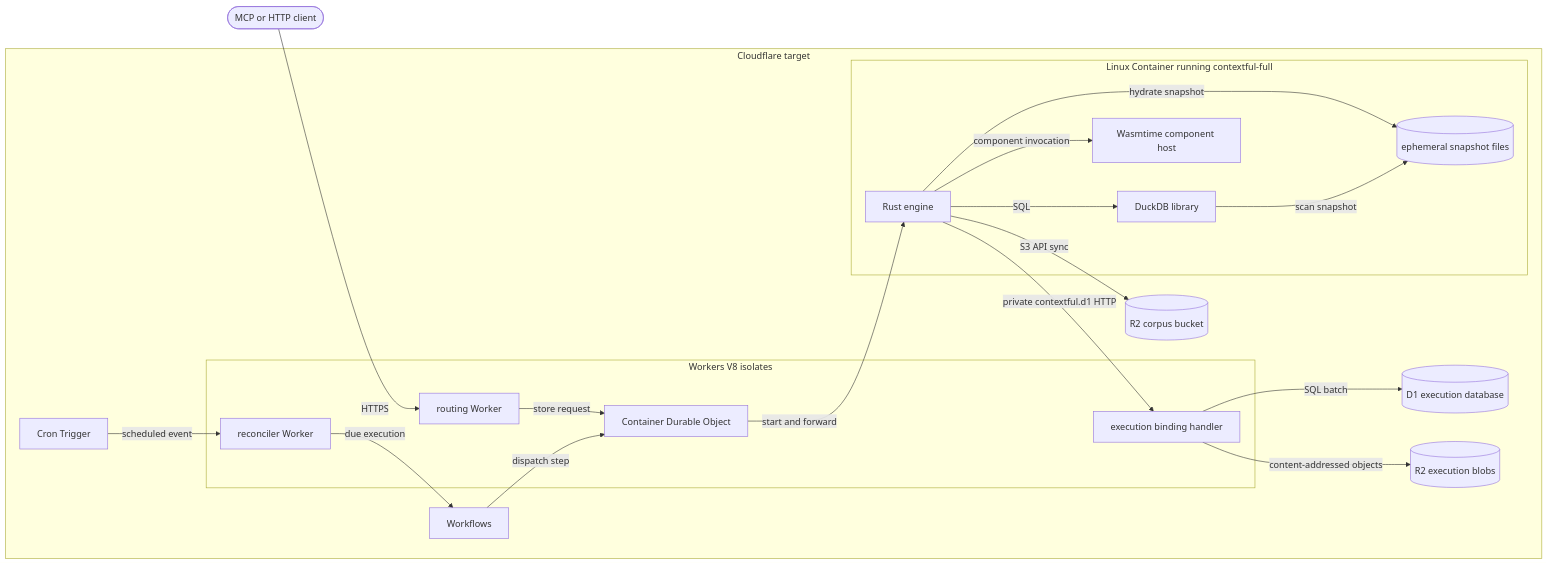
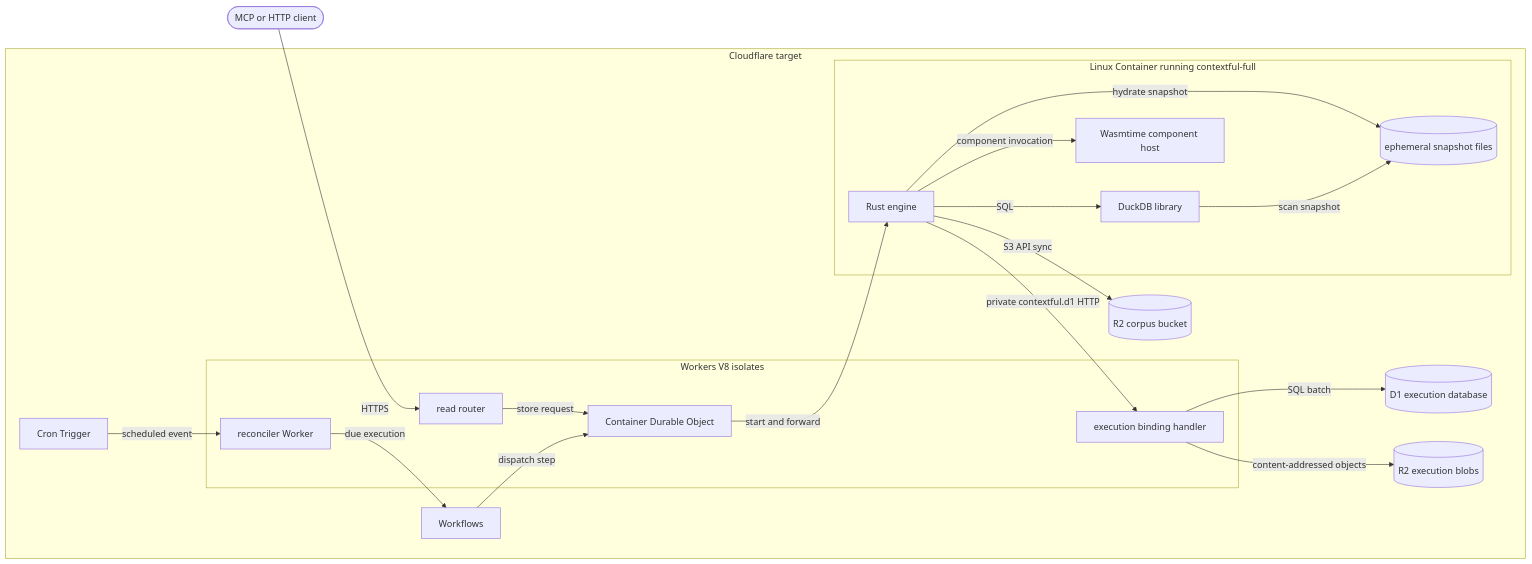
The second of 3 diagrams in spec/targets.md (fractalboxdev/contextful), drawn with Mermaid before and after one commit. The commit also changed other lines of this file and 6 other files, not shown here.

Commit message:
spec: the Worker routing reads between Basin SQL and the Container is the read router

````diff
--- a/spec/targets.md
+++ b/spec/targets.md
@@ -84,37 +84,37 @@
 ```mermaid
 flowchart LR
   CALLER(["MCP or HTTP client"]):::muted
   subgraph ACCOUNT["Cloudflare target"]
     subgraph WORKERS["Workers V8 isolates"]
-      ROUTER["routing Worker"]:::accent
+      ROUTER["read router"]:::accent
       RECON["reconciler Worker"]:::accent
       BIND["execution binding handler"]:::accent
       OWNER["Container Durable Object"]:::accent
     end
     CRON["Cron Trigger"]:::accent
     FLOW["Workflows"]:::accent
     subgraph LINUX["Linux Container running contextful-full"]
       RUST["Rust engine"]:::accent
       SQL["DuckDB library"]:::accent
       WASM["Wasmtime component host"]:::accent
       FILES[("ephemeral snapshot files")]:::store
     end
     DB[("D1 execution database")]:::store
     BLOBS[("R2 execution blobs")]:::store
     CORPUS[("R2 corpus bucket")]:::store
   end
   CALLER -- "HTTPS" --> ROUTER
   ROUTER -- "store request" --> OWNER
   CRON -- "scheduled event" --> RECON
   RECON -- "due execution" --> FLOW
   FLOW -- "dispatch step" --> OWNER
   OWNER -- "start and forward" --> RUST
   RUST -- "SQL" --> SQL
   RUST -- "component invocation" --> WASM
   RUST -- "hydrate snapshot" --> FILES
   SQL -- "scan snapshot" --> FILES
   RUST -- "private contextful.d1 HTTP" --> BIND
   BIND -- "SQL batch" --> DB
   BIND -- "content-addressed objects" --> BLOBS
   RUST -- "S3 API sync" --> CORPUS
 ```
````
